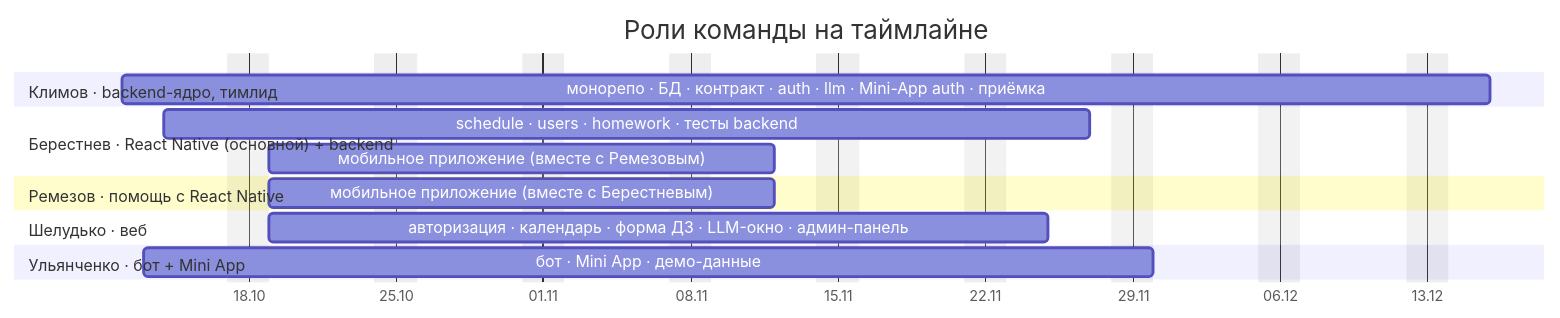
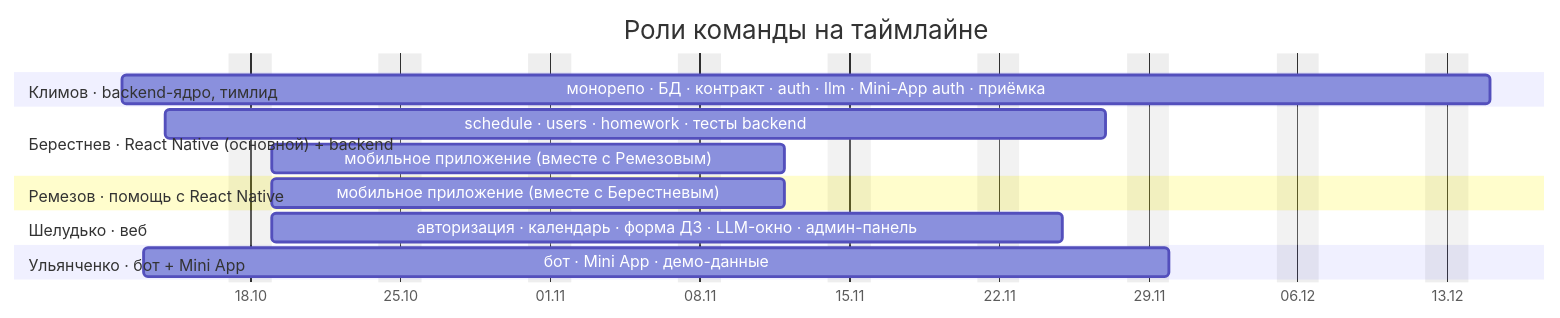
The fourth of 4 diagrams in docs/Roadmap.md (Ivansups/Zeta), drawn with Mermaid before and after one commit. The commit also changed other lines of this file and 2 other files, not shown here.

````diff
--- a/docs/Roadmap.md
+++ b/docs/Roadmap.md
@@ -146,23 +140,23 @@
 ```mermaid
 gantt
     title Роли команды на таймлайне
     dateFormat YYYY-MM-DD
     axisFormat %d.%m
     excludes weekends
 
     section Климов · backend-ядро, тимлид
-    монорепо · БД · контракт · auth · llm · Mini-App auth · приёмка :k, 2026-10-12, 2026-12-16
+    монорепо · БД · контракт · auth · llm · Mini-App auth · приёмка :k, 2026-10-12, 2026-12-15
 
     section Берестнев · React Native (основной) + backend
     schedule · users · homework · тесты backend :b, 2026-10-14, 2026-11-27
     мобильное приложение (вместе с Ремезовым) :b2, 2026-10-19, 2026-11-12
 
     section Ремезов · помощь с React Native
     мобильное приложение (вместе с Берестневым) :r, 2026-10-19, 2026-11-12
 
     section Шелудько · веб
     авторизация · календарь · форма ДЗ · LLM-окно · админ-панель :s, 2026-10-19, 2026-11-25
 
     section Ульянченко · бот + Mini App
     бот · Mini App · демо-данные :u, 2026-10-13, 2026-11-30
 ```
````
